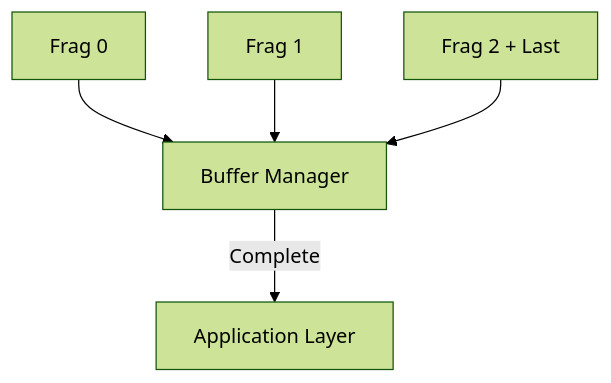
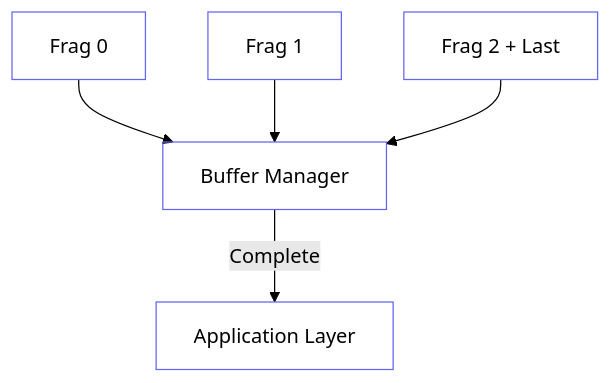
Before and after one commit to qshosfw/hermes: the diagram in src/docs/content/docs/rfc/network/03-fragmentation.mdx, drawn with Mermaid (forest theme). The commit also changed 29 other files, not shown here.

````diff
--- a/src/docs/content/docs/rfc/network/03-fragmentation.mdx
+++ b/src/docs/content/docs/rfc/network/03-fragmentation.mdx
@@ -32,7 +32,10 @@
 ```mermaid
 graph TD
     P1[Frag 0] --> R[Buffer Manager]
     P2[Frag 1] --> R
     P3[Frag 2 + Last] --> R
     R -->|Complete| App[Application Layer]
+
+    classDef normal fill:transparent,stroke:#6366f1,stroke-width:1px,color:inherit
+    class P1,P2,P3,R,App normal
 ```
````
